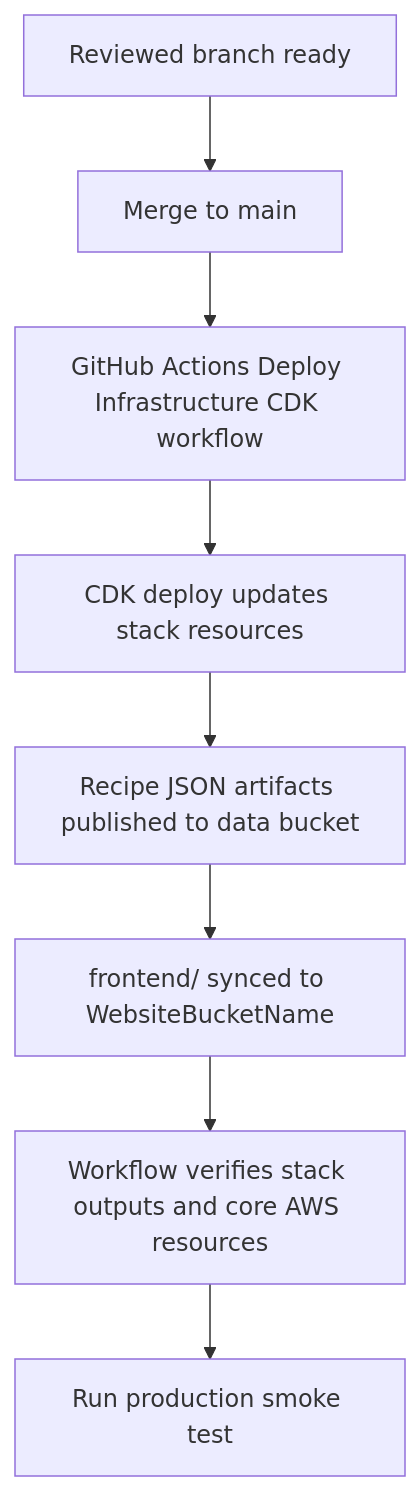
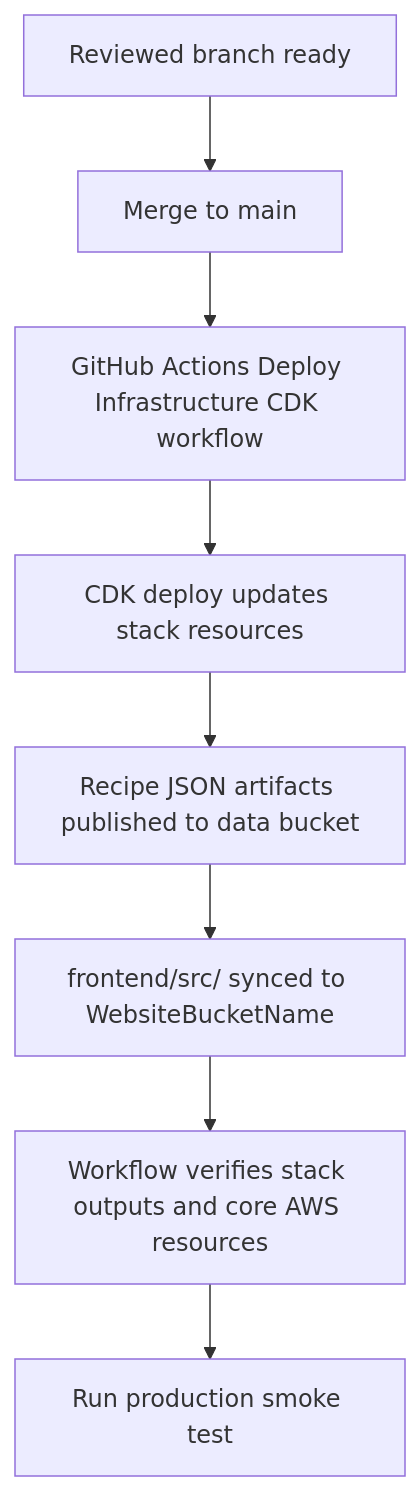
Before and after one commit to mbomma-git-code/pantry-buddy: the third of 3 diagrams in docs/HIGH_LEVEL_DESIGN_v2.md, drawn with Mermaid. The commit also changed other lines of this file and 18 other files, not shown here.

First line of the commit message:
Move frontend under src with node tests; rename build_planning_context.

````diff
--- a/docs/HIGH_LEVEL_DESIGN_v2.md
+++ b/docs/HIGH_LEVEL_DESIGN_v2.md
@@ -462,10 +462,10 @@
 ```mermaid
 flowchart TD
     A[Reviewed branch ready] --> B[Merge to main]
     B --> C[GitHub Actions Deploy Infrastructure CDK workflow]
     C --> D[CDK deploy updates stack resources]
     D --> E[Recipe JSON artifacts published to data bucket]
-    E --> F[frontend/ synced to WebsiteBucketName]
+    E --> F[frontend/src/ synced to WebsiteBucketName]
     F --> G[Workflow verifies stack outputs and core AWS resources]
     G --> H[Run production smoke test]
 ```
````
